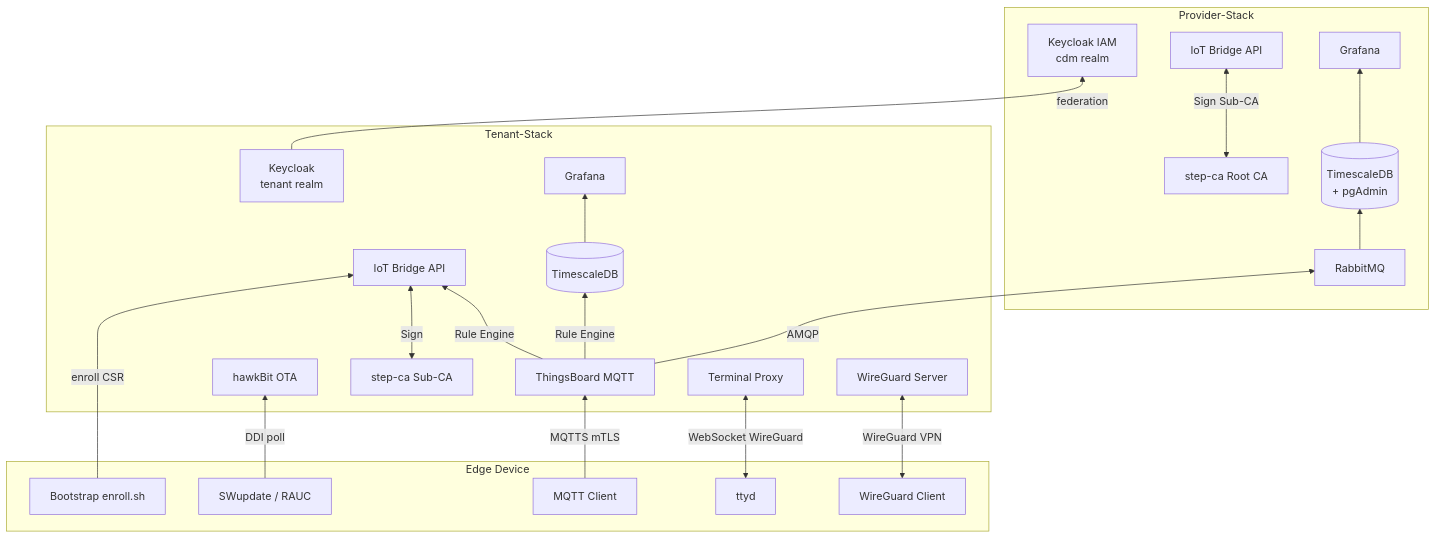
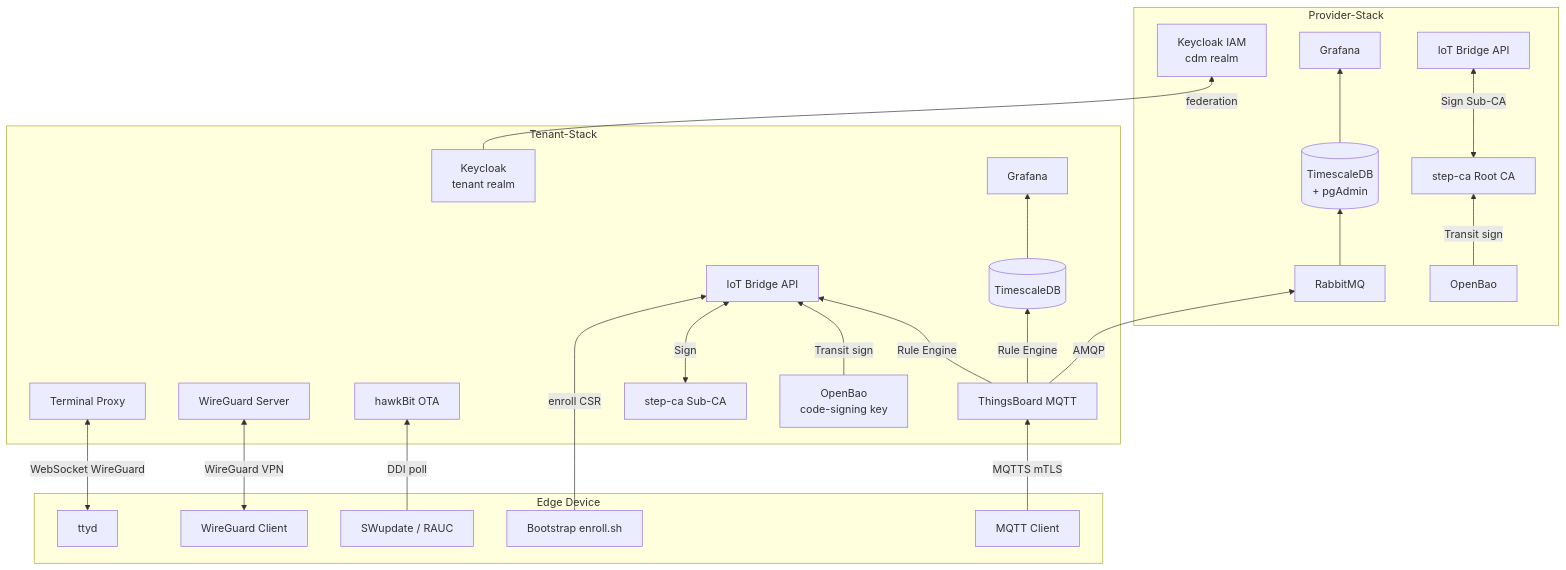
One commit to the78mole/complete-device-management changed the second of 2 diagrams in README.md. Above: the diagram before and after it, drawn with Mermaid. The commit also changed other lines of this file and 33 other files, not shown here.

First line of the commit message:
feat(openbao): integrate OpenBao for code-signing capabilities

````diff
--- a/README.md
+++ b/README.md
@@ -71,46 +71,52 @@
 ```mermaid
 flowchart BT
     subgraph provider[Provider-Stack]
+        GRF_P[Grafana]
+        RMQ[RabbitMQ]
         KC[Keycloak IAM<br>cdm realm]
         SCA[step-ca Root CA]
-        RMQ[RabbitMQ]
+        OB_P[OpenBao]
         TSDB_P[(TimescaleDB<br>+ pgAdmin)]
-        GRF_P[Grafana]
         IBA_P[IoT Bridge API]
 
+        RMQ --> TSDB_P --> GRF_P
         SCA <-->|Sign Sub-CA| IBA_P
-        RMQ --> TSDB_P --> GRF_P
+        OB_P -->|Transit sign| SCA
     end
 
     subgraph tenant[Tenant-Stack]
+        IBA_T[IoT Bridge API]
+        TXP[Terminal Proxy]
+        WGS[WireGuard Server]
+        HB[hawkBit OTA]
         KC_T[Keycloak<br>tenant realm]
         TB[ThingsBoard MQTT]
-        HB[hawkBit OTA]
         SCA_T[step-ca Sub-CA]
-        WGS[WireGuard Server]
-        TXP[Terminal Proxy]
+        OB_T[OpenBao<br>code-signing key]
         TSDB_T[(TimescaleDB)]
         GRF_T[Grafana]
 
         KC_T -->|federation| KC
-        TB -->|Rule Engine| IBA_T[IoT Bridge API]
+        TB -->|Rule Engine| IBA_T
+        OB_T -->|Transit sign| IBA_T
         SCA_T <-->|Sign| IBA_T
         TB -->|Rule Engine| TSDB_T
         TB -->|AMQP| RMQ
         TSDB_T --> GRF_T
     end
 
     subgraph edge[Edge Device]
-        BST[Bootstrap enroll.sh]
-        UPD[SWupdate / RAUC]
-        MQC[MQTT Client]
         TTD[ttyd]
         WGC[WireGuard Client]
+        UPD[SWupdate / RAUC]
+        BST[Bootstrap enroll.sh]
+        MQC[MQTT Client]
     end
 
     MQC -->|MQTTS mTLS| TB
+    WGC <-->|WireGuard VPN| WGS
     UPD -->|DDI poll| HB
     TTD <-->|WebSocket WireGuard| TXP
-    WGC <-->|WireGuard VPN| WGS
     BST -->|enroll CSR| IBA_T
+
 ```
````
